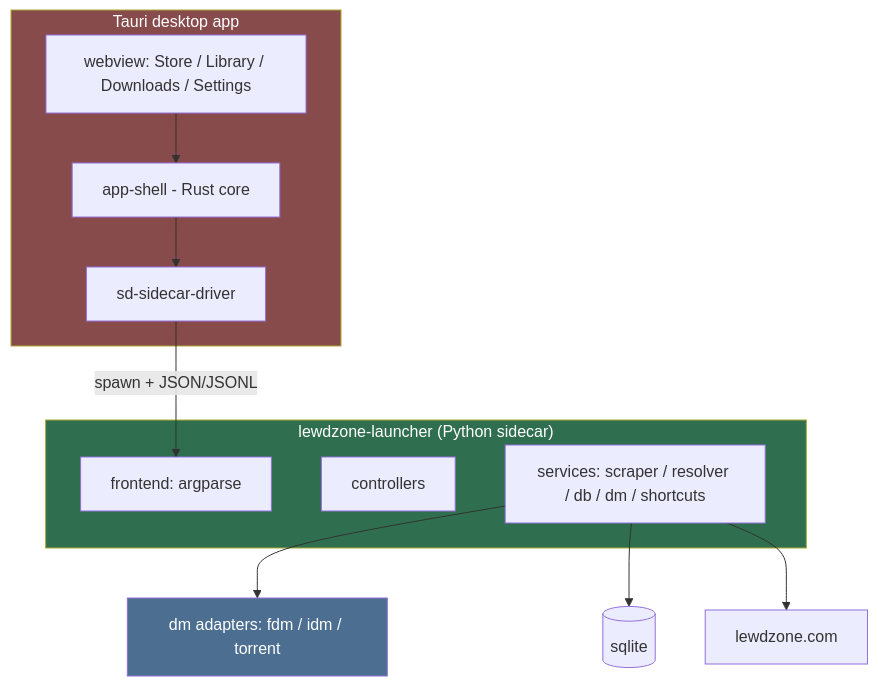
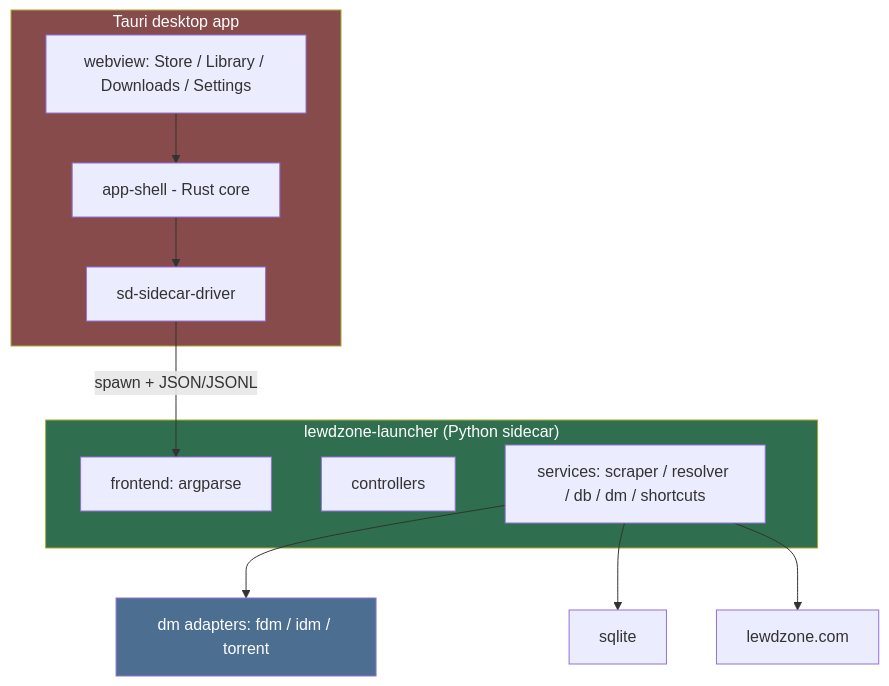
The second of 3 diagrams in .agents/agents/architect/architect.md (HELIX-Origin/LewdZone-Launcher), drawn with Mermaid before and after one commit. The commit also changed 35 other files, not shown here.

First line of the commit message:
🎨 fix(agents): make all mermaid diagrams Rule 09 compliant

````diff
--- a/.agents/agents/architect/architect.md
+++ b/.agents/agents/architect/architect.md
@@ -142,23 +142,23 @@
 ```mermaid
 flowchart TD
     subgraph CLI ["lewdzone-launcher (Python sidecar)"]
-        CLIF[frontend: argparse]
+        CLIF["frontend: argparse"]
         CTL[controllers]
-        SVC[services: scraper / resolver / db / dm / shortcuts]
+        SVC["services: scraper / resolver / db / dm / shortcuts"]
     end
     subgraph APP ["Tauri desktop app"]
         SH[app-shell - Rust core]
-        WV[webview: Store / Library / Downloads / Settings]
+        WV["webview: Store / Library / Downloads / Settings"]
         SD[sd-sidecar-driver]
     end
     WV --> SH
     SH --> SD
     SD -->|"spawn + JSON/JSONL"| CLIF
     SVC --> DM["dm adapters: fdm / idm / torrent"]
-    SVC --> SQL[("sqlite")]
+    SVC --> SQL[""sqlite""]
     SVC --> SITE["lewdzone.com"]
 
     style CLI fill:#2f6f4f,color:#fff
     style APP fill:#874b4b,color:#fff
     style DM fill:#4b6e91,color:#fff
 ```
````
